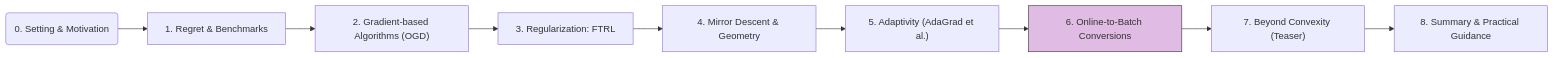
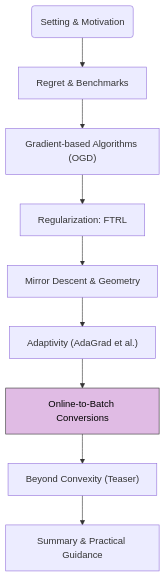
One commit to JiHa-Kim/jiha-kim.github.io changed the diagram in collections/_crash-courses/online-learning/6-online-to-batch.md. Above: the diagram before and after it, drawn with Mermaid. The commit also changed 13 other files, not shown here.

````diff
--- a/collections/_crash-courses/online-learning/6-online-to-batch.md
+++ b/collections/_crash-courses/online-learning/6-online-to-batch.md
@@ -151,13 +151,13 @@
 ```mermaid
-flowchart LR
-    C0("0. Setting & Motivation") --> C1["1. Regret & Benchmarks"]
-    C1 --> C2["2. Gradient-based Algorithms (OGD)"]
-    C2 --> C3["3. Regularization: FTRL"]
-    C3 --> C4["4. Mirror Descent & Geometry"]
-    C4 --> C5["5. Adaptivity (AdaGrad et al.)"]
-    C5 --> C6["6. Online-to-Batch Conversions"]
-    C6 --> C7["7. Beyond Convexity (Teaser)"]
-    C7 --> C8["8. Summary & Practical Guidance"]
+flowchart TD
+    C0("Setting & Motivation") --> C1["Regret & Benchmarks"]
+    C1 --> C2["Gradient-based Algorithms (OGD)"]
+    C2 --> C3["Regularization: FTRL"]
+    C3 --> C4["Mirror Descent & Geometry"]
+    C4 --> C5["Adaptivity (AdaGrad et al.)"]
+    C5 --> C6["Online-to-Batch Conversions"]
+    C6 --> C7["Beyond Convexity (Teaser)"]
+    C7 --> C8["Summary & Practical Guidance"]
 
-    style C6 fill:#E0BBE4,stroke:#333,stroke-width:2px % Highlight current module
+    style C6 fill:#E0BBE4,color:#000,stroke:#333,stroke-width:2px % Highlight current module
 ```
````
